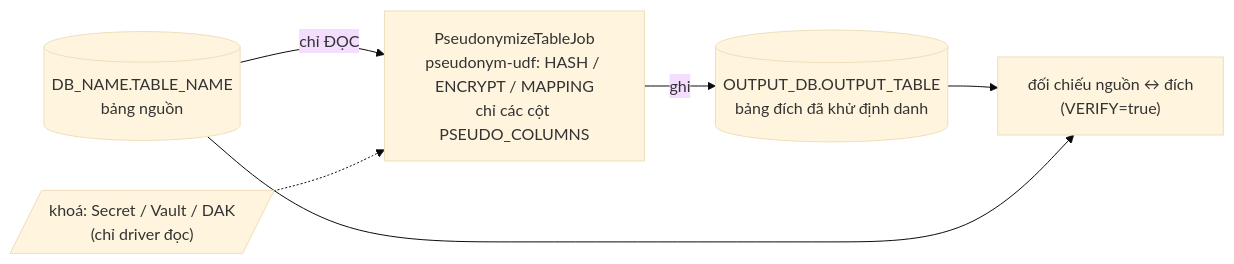
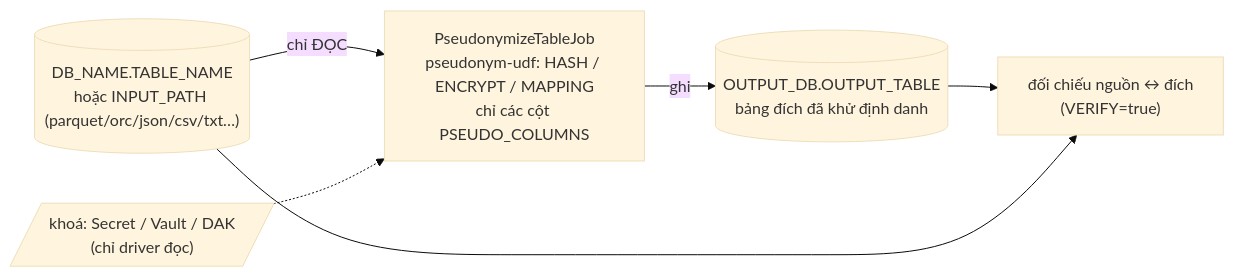
The diagram in pseudonymize-table-app/README.md (hungvu110/custom-crypto-spark-app), drawn with Mermaid (base theme) before and after one commit. The commit also changed other lines of this file and 21 other files, not shown here.

First line of the commit message:
feat(pseudonymize-table-app): read files/folders, per-column pseudonym mode

````diff
--- a/pseudonymize-table-app/README.md
+++ b/pseudonymize-table-app/README.md
@@ -10,8 +11,8 @@
 ```mermaid
 flowchart LR
-    S[("DB_NAME.TABLE_NAME<br/>bảng nguồn")] -->|"chỉ ĐỌC"| J["PseudonymizeTableJob<br/>pseudonym-udf: HASH / ENCRYPT / MAPPING<br/>chỉ các cột PSEUDO_COLUMNS"]
+    S[("DB_NAME.TABLE_NAME<br/>hoặc INPUT_PATH (parquet/orc/json/csv/txt…)")] -->|"chỉ ĐỌC"| J["PseudonymizeTableJob<br/>pseudonym-udf: HASH / ENCRYPT / MAPPING<br/>chỉ các cột PSEUDO_COLUMNS"]
     K[/"khoá: Secret / Vault / DAK<br/>(chỉ driver đọc)"/] -.-> J
     J -->|"ghi"| T[("OUTPUT_DB.OUTPUT_TABLE<br/>bảng đích đã khử định danh")]
     T --> V["đối chiếu nguồn ↔ đích<br/>(VERIFY=true)"]
     S --> V
 ```
````
